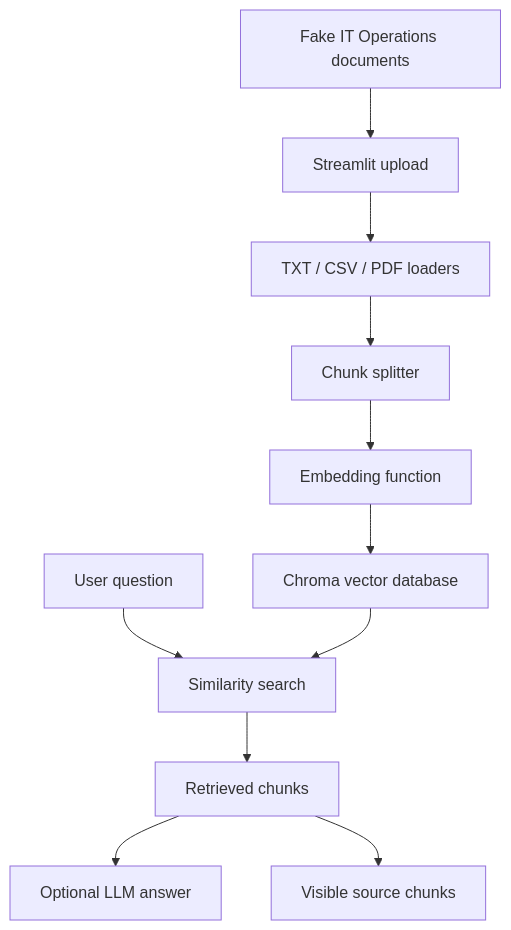
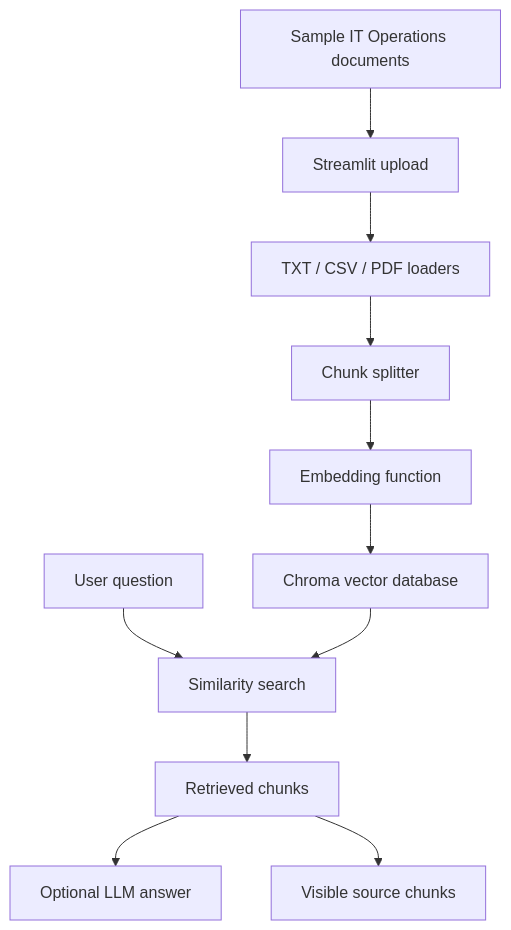
Before and after one commit to adeebansar/IT-Ops-RAG-Knowledge-Assistant: the diagram in docs/rag-pipeline-interview-guide.md, drawn with Mermaid. The commit also changed other lines of this file and 5 other files, not shown here.

````diff
--- a/docs/rag-pipeline-interview-guide.md
+++ b/docs/rag-pipeline-interview-guide.md
@@ -13,13 +13,13 @@
 ```mermaid
 flowchart TD
-    A["Fake IT Operations documents"] --> B["Streamlit upload"]
+    A["Sample IT Operations documents"] --> B["Streamlit upload"]
     B --> C["TXT / CSV / PDF loaders"]
     C --> D["Chunk splitter"]
     D --> E["Embedding function"]
     E --> F["Chroma vector database"]
     G["User question"] --> H["Similarity search"]
     F --> H
     H --> I["Retrieved chunks"]
     I --> J["Optional LLM answer"]
     I --> K["Visible source chunks"]
 ```
````
